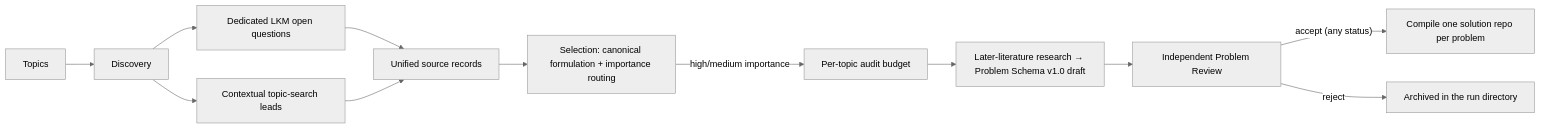
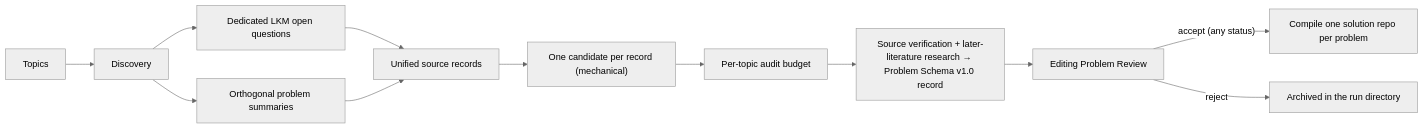
Before and after one commit to kunyuan/open-research-discovery: the diagram in docs/discovery-pipeline.md, drawn with Mermaid (neutral theme). The commit also changed other lines of this file and 9 other files, not shown here.

````diff
--- a/docs/discovery-pipeline.md
+++ b/docs/discovery-pipeline.md
@@ -7,14 +7,14 @@
 ```mermaid
 flowchart LR
     T["Topics"] --> D["Discovery"]
     D --> L["Dedicated LKM open questions"]
-    D --> Q["Contextual topic-search leads"]
+    D --> Q["Orthogonal problem summaries"]
     L --> U["Unified source records"]
     Q --> U
-    U --> C["Selection: canonical formulation + importance routing"]
-    C -->|"high/medium importance"| B["Per-topic audit budget"]
-    B --> R["Later-literature research → Problem Schema v1.0 draft"]
-    R --> V["Independent Problem Review"]
+    U --> C["One candidate per record (mechanical)"]
+    C --> B["Per-topic audit budget"]
+    B --> R["Source verification + later-literature research → Problem Schema v1.0 record"]
+    R --> V["Editing Problem Review"]
     V -->|"accept (any status)"| G["Compile one solution repo per problem"]
     V -->|"reject"| X["Archived in the run directory"]
 ```
````
